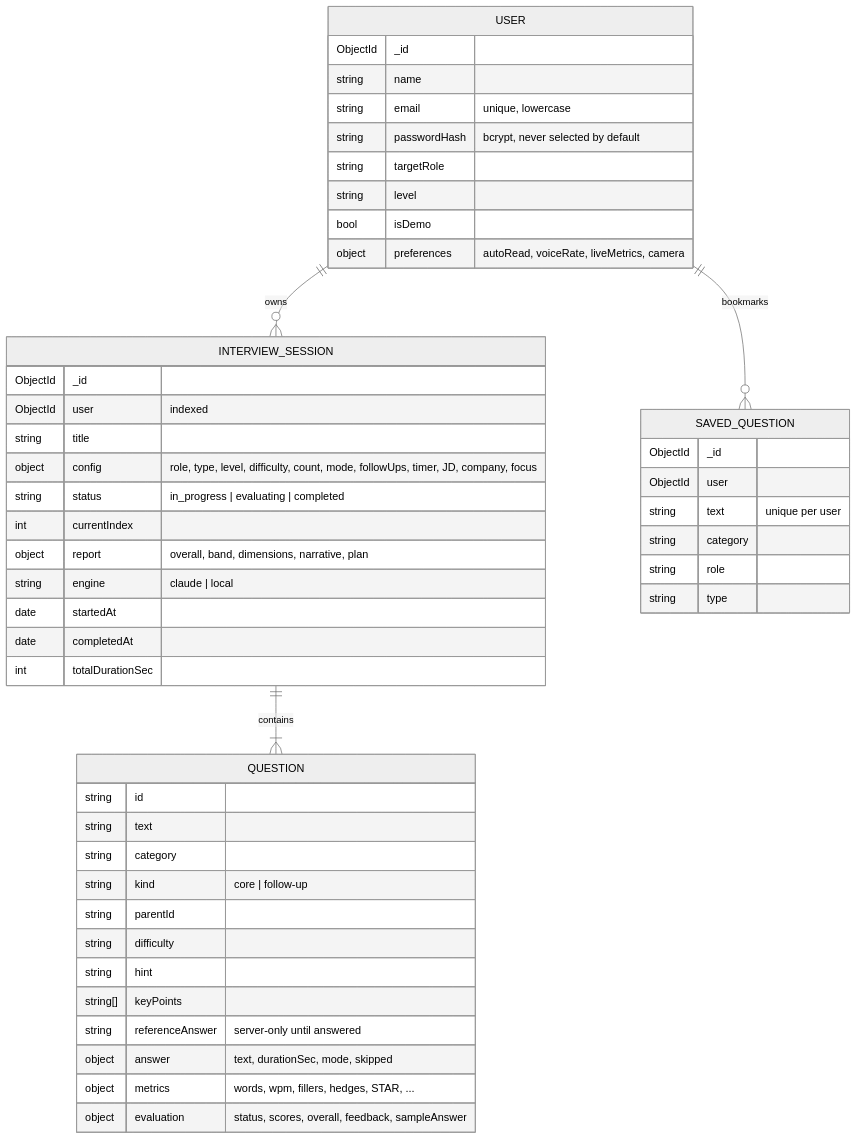
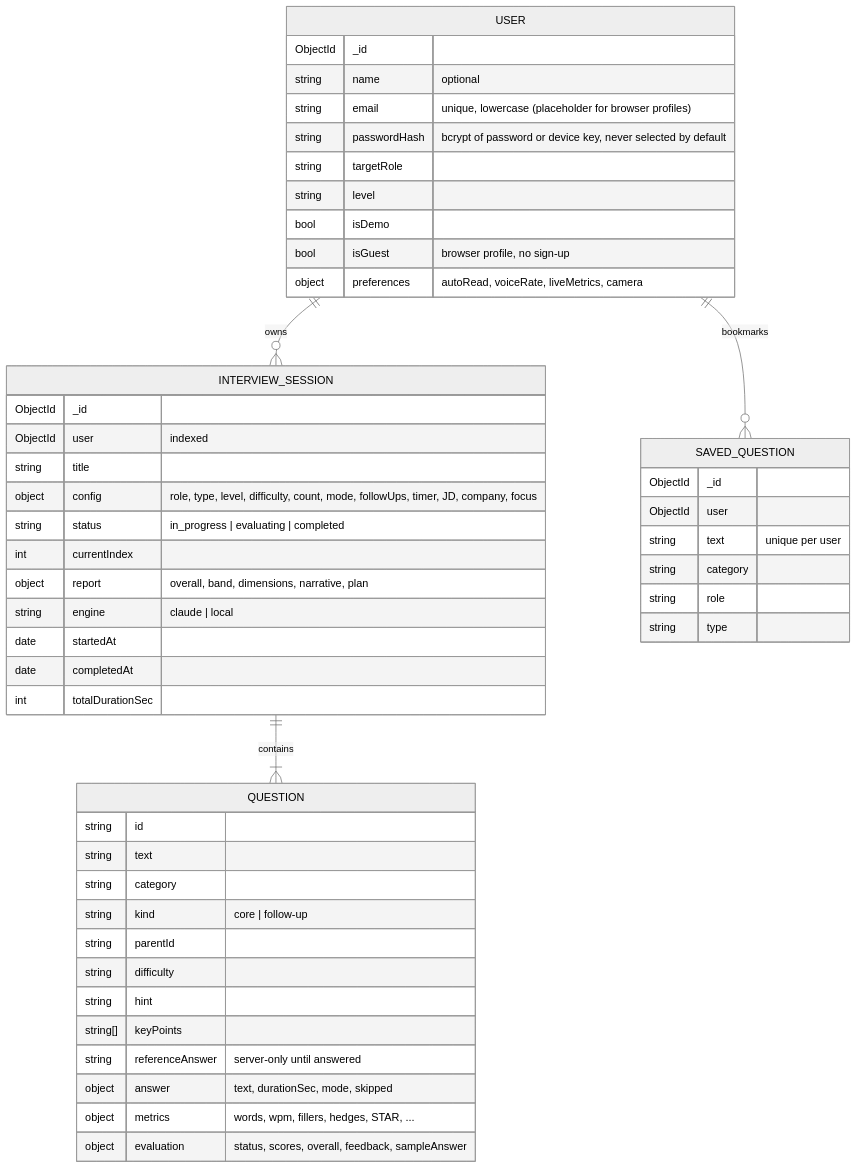
One commit to varadharajanv0310/FSD-PROJECT1 changed the first of 3 diagrams in docs/ARCHITECTURE.md. Above: the diagram before and after it, drawn with Mermaid (neutral theme). The commit also changed other lines of this file and 29 other files, not shown here.

First line of the commit message:
Remove sign-in and sign-up: every browser gets its own profile

````diff
--- a/docs/ARCHITECTURE.md
+++ b/docs/ARCHITECTURE.md
@@ -26,52 +26,53 @@
 ```mermaid
 erDiagram
   USER ||--o{ INTERVIEW_SESSION : owns
   USER ||--o{ SAVED_QUESTION : bookmarks
   INTERVIEW_SESSION ||--|{ QUESTION : contains
 
   USER {
     ObjectId _id
-    string name
-    string email "unique, lowercase"
-    string passwordHash "bcrypt, never selected by default"
+    string name "optional"
+    string email "unique, lowercase (placeholder for browser profiles)"
+    string passwordHash "bcrypt of password or device key, never selected by default"
     string targetRole
     string level
     bool isDemo
+    bool isGuest "browser profile, no sign-up"
     object preferences "autoRead, voiceRate, liveMetrics, camera"
   }
   INTERVIEW_SESSION {
     ObjectId _id
     ObjectId user "indexed"
     string title
     object config "role, type, level, difficulty, count, mode, followUps, timer, JD, company, focus"
     string status "in_progress | evaluating | completed"
     int currentIndex
     object report "overall, band, dimensions, narrative, plan"
     string engine "claude | local"
     date startedAt
     date completedAt
     int totalDurationSec
   }
   QUESTION {
     string id
     string text
     string category
     string kind "core | follow-up"
     string parentId
     string difficulty
     string hint
     string[] keyPoints
     string referenceAnswer "server-only until answered"
     object answer "text, durationSec, mode, skipped"
     object metrics "words, wpm, fillers, hedges, STAR, ..."
     object evaluation "status, scores, overall, feedback, sampleAnswer"
   }
   SAVED_QUESTION {
     ObjectId _id
     ObjectId user
     string text "unique per user"
     string category
     string role
     string type
   }
 ```
````
